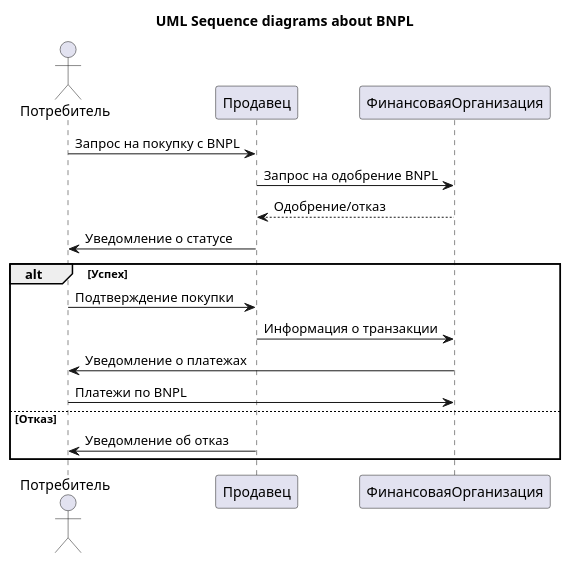
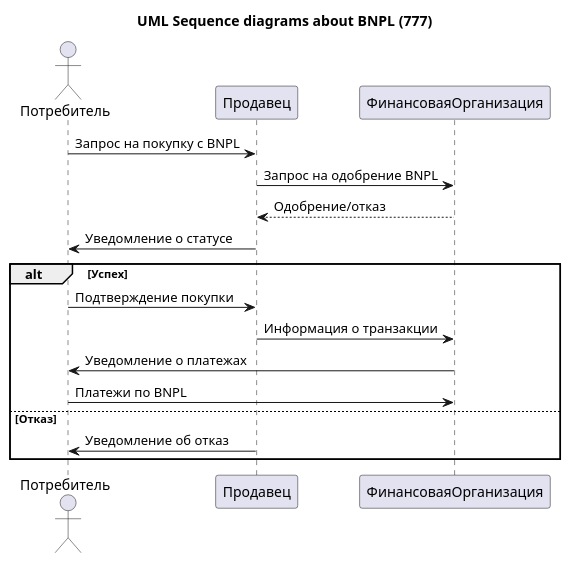
The diagram in test_delet.puml (MinElmir/MVP), drawn with PlantUML before and after one commit.

```diff
--- a/test_delet.puml
+++ b/test_delet.puml
@@ -1,21 +1,21 @@
 @startuml
-title UML Sequence diagrams about BNPL
+title UML Sequence diagrams about BNPL (777)
     actor Потребитель
     participant Продавец
     participant ФинансоваяОрганизация
 
     Потребитель->Продавец: Запрос на покупку с BNPL
     Продавец->ФинансоваяОрганизация: Запрос на одобрение BNPL
     ФинансоваяОрганизация-->Продавец: Одобрение/отказ
     Продавец->Потребитель: Уведомление о статусе
 
     alt Успех
         Потребитель->Продавец: Подтверждение покупки
         Продавец->ФинансоваяОрганизация: Информация о транзакции
         ФинансоваяОрганизация->Потребитель: Уведомление о платежах
         Потребитель->ФинансоваяОрганизация: Платежи по BNPL
     else Отказ
         Продавец->Потребитель: Уведомление об отказ
     end
     
 @enduml
```
